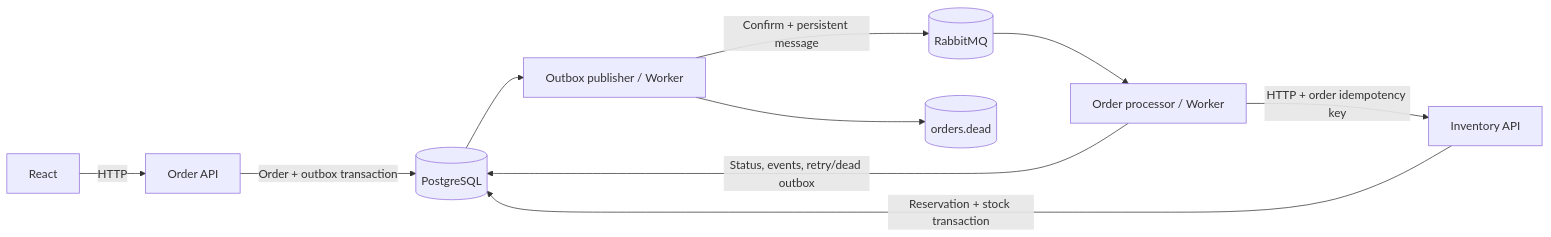
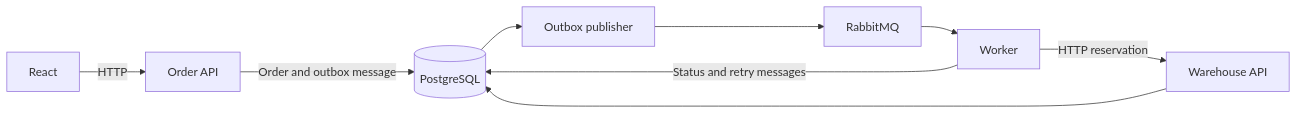
One commit to HugoMelander1/orderbridge changed the diagram in README.md. Above: the diagram before and after it, drawn with Mermaid. The commit also changed other lines of this file and 39 other files, not shown here.

````diff
--- a/README.md
+++ b/README.md
@@ -39,12 +55,11 @@
 ```mermaid
 flowchart LR
-    React -->|HTTP| OrderAPI[Order API]
-    OrderAPI -->|Order + outbox transaction| PostgreSQL[(PostgreSQL)]
-    PostgreSQL --> OutboxPublisher[Outbox publisher / Worker]
-    OutboxPublisher -->|Confirm + persistent message| RabbitMQ[(RabbitMQ)]
-    RabbitMQ --> Processor[Order processor / Worker]
-    Processor -->|HTTP + order idempotency key| Inventory[Inventory API]
-    Inventory -->|Reservation + stock transaction| PostgreSQL
-    Processor -->|Status, events, retry/dead outbox| PostgreSQL
-    OutboxPublisher --> DLQ[(orders.dead)]
+    React -->|HTTP| API[Order API]
+    API -->|Order and outbox message| DB[(PostgreSQL)]
+    DB --> Publisher[Outbox publisher]
+    Publisher --> RabbitMQ
+    RabbitMQ --> Worker
+    Worker -->|HTTP reservation| Inventory[Warehouse API]
+    Inventory --> DB
+    Worker -->|Status and retry messages| DB
 ```
````
